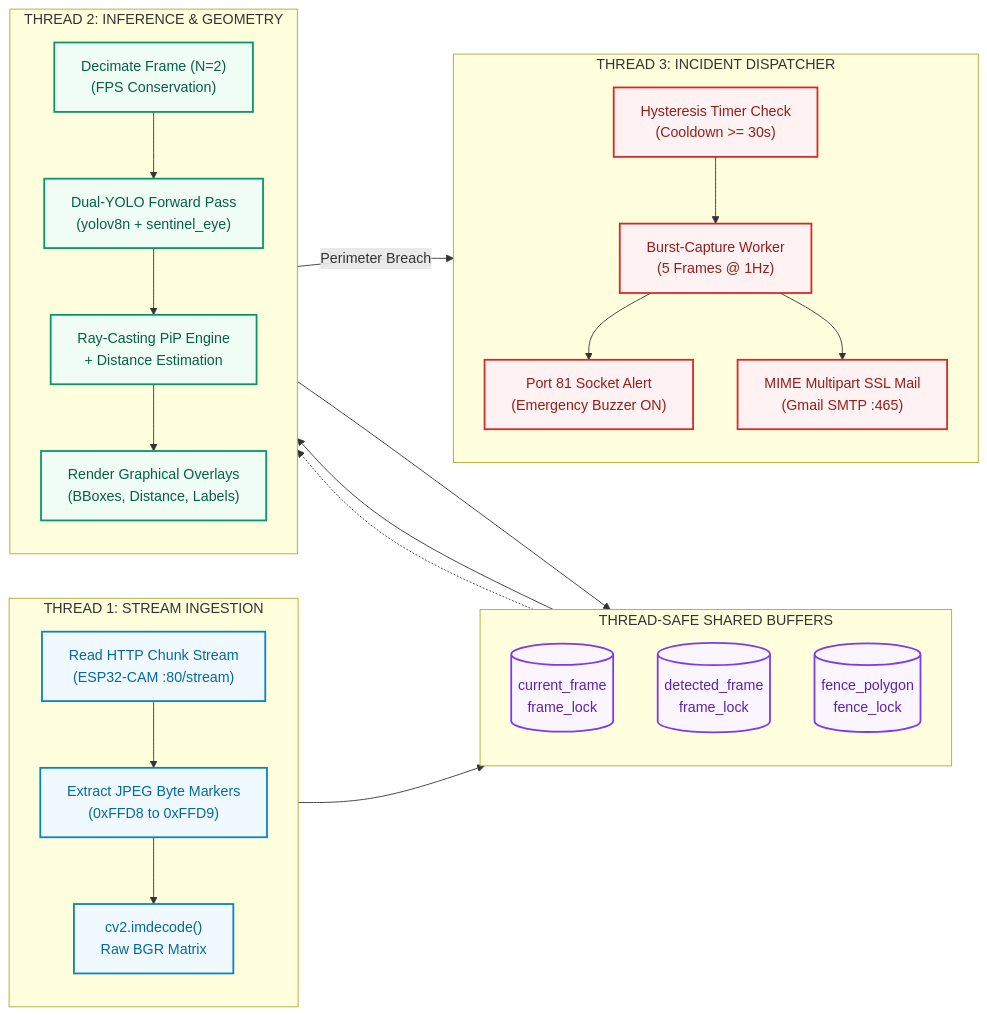
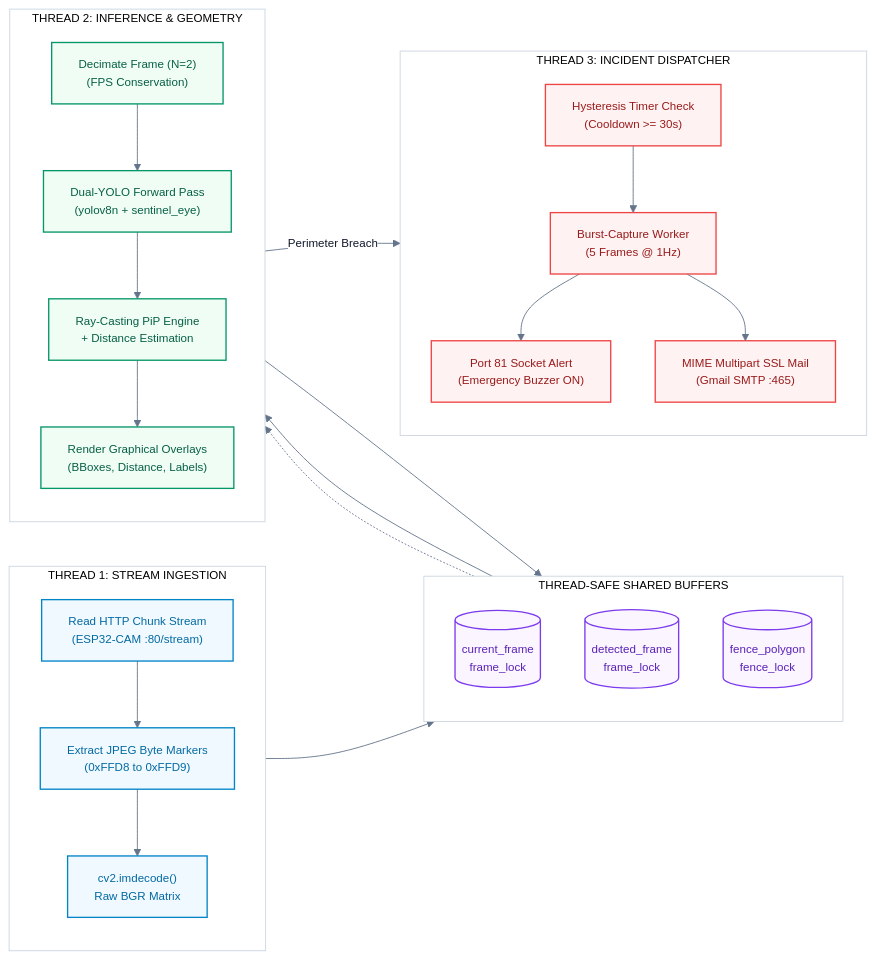
The fourth of 7 diagrams in README.md (Cheesenoice/IoT-EdgeAI-Intrusion-Detection), drawn with Mermaid before and after one commit. The commit also changed other lines of this file and 15 other files, not shown here.

Commit message:
style: unify clean light theme across dashboard and documentation with high-res diagrams

````diff
--- a/README.md
+++ b/README.md
@@ -295,45 +340,60 @@
 ```mermaid
+%%{init: {
+  'theme': 'base',
+  'themeVariables': {
+    'fontFamily': 'Segoe UI, Inter, -apple-system, sans-serif',
+    'fontSize': '13px',
+    'primaryColor': '#ffffff',
+    'primaryTextColor': '#0f172a',
+    'primaryBorderColor': '#3b82f6',
+    'lineColor': '#64748b',
+    'edgeLabelBackground': '#ffffff',
+    'clusterBkg': '#ffffff',
+    'clusterBorder': '#cbd5e1',
+    'mainBkg': '#ffffff'
+  }
+}}%%
 flowchart LR
     subgraph Ingestion ["THREAD 1: STREAM INGESTION"]
         direction TB
         A1["Read HTTP Chunk Stream<br/>(ESP32-CAM :80/stream)"] --> A2["Extract JPEG Byte Markers<br/>(0xFFD8 to 0xFFD9)"]
         A2 --> A3["cv2.imdecode()<br/>Raw BGR Matrix"]
     end
 
     subgraph Memory ["THREAD-SAFE SHARED BUFFERS"]
         direction TB
         B1[("current_frame<br/>frame_lock")]
         B2[("detected_frame<br/>frame_lock")]
         B3[("fence_polygon<br/>fence_lock")]
     end
 
     subgraph Inference ["THREAD 2: INFERENCE & GEOMETRY"]
         direction TB
         C1["Decimate Frame (N=2)<br/>(FPS Conservation)"] --> C2["Dual-YOLO Forward Pass<br/>(yolov8n + sentinel_eye)"]
         C2 --> C3["Ray-Casting PiP Engine<br/>+ Distance Estimation"]
         C3 --> C4["Render Graphical Overlays<br/>(BBoxes, Distance, Labels)"]
     end
 
     subgraph Escalation ["THREAD 3: INCIDENT DISPATCHER"]
         direction TB
         D1["Hysteresis Timer Check<br/>(Cooldown >= 30s)"] --> D2["Burst-Capture Worker<br/>(5 Frames @ 1Hz)"]
         D2 --> D3["Port 81 Socket Alert<br/>(Emergency Buzzer ON)"]
         D2 --> D4["MIME Multipart SSL Mail<br/>(Gmail SMTP :465)"]
     end
 
     A3 --> B1
     B1 --> C1
     B3 -.-> C3
     C4 --> B2
     C3 -- "Perimeter Breach" --> D1
 
-    classDef ingest fill:#f0f9ff,stroke:#0284c7,stroke-width:2px,color:#0369a1;
-    classDef mem fill:#faf5ff,stroke:#7c3aed,stroke-width:2px,color:#5b21b6;
-    classDef infer fill:#f0fdf4,stroke:#059669,stroke-width:2px,color:#065f46;
-    classDef alert fill:#fef2f2,stroke:#dc2626,stroke-width:2px,color:#991b1b;
+    classDef ingest fill:#f0f9ff,stroke:#0284c7,stroke-width:1.5px,color:#0369a1;
+    classDef mem fill:#faf5ff,stroke:#7c3aed,stroke-width:1.5px,color:#5b21b6;
+    classDef infer fill:#f0fdf4,stroke:#059669,stroke-width:1.5px,color:#065f46;
+    classDef alert fill:#fef2f2,stroke:#ef4444,stroke-width:1.5px,color:#991b1b;
 
     class A1,A2,A3 ingest;
     class B1,B2,B3 mem;
     class C1,C2,C3,C4 infer;
     class D1,D2,D3,D4 alert;
 ```
````
